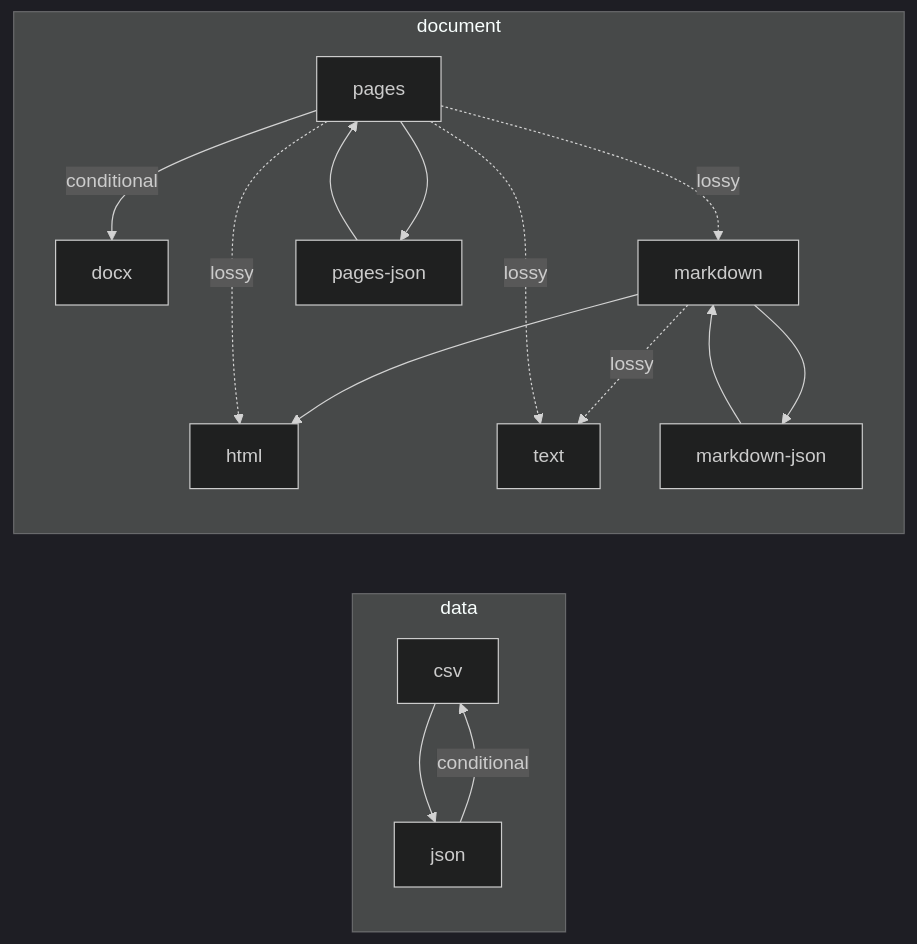
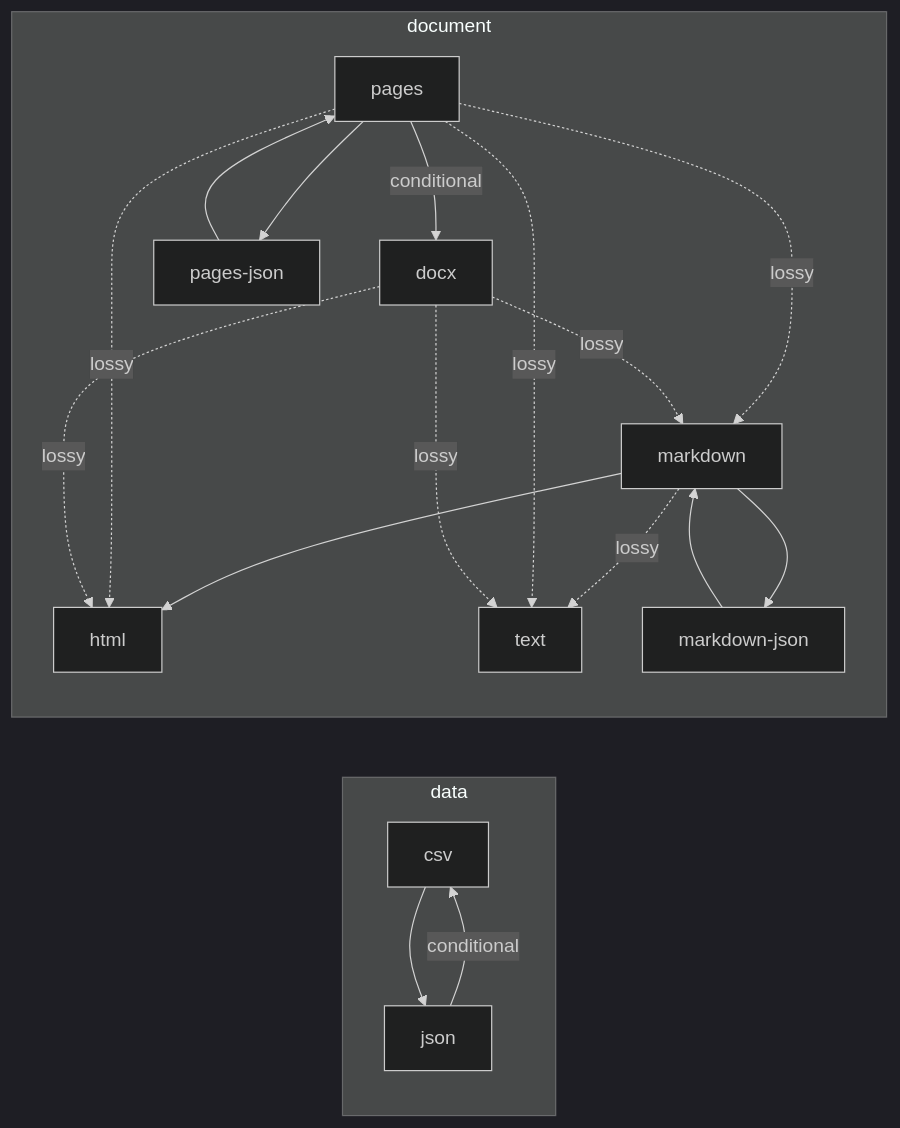
Before and after one commit to Chimi6/Sublime: the diagram in DOCS/FORMATS.md, drawn with Mermaid (dark theme). The commit also changed other lines of this file and 31 other files, not shown here.

Commit message:
feat: Word input, reading docx into the document model for Markdown, HTML, text, and Markdown JSON

````diff
--- a/DOCS/FORMATS.md
+++ b/DOCS/FORMATS.md
@@ -65,28 +72,31 @@
 ```mermaid
 graph LR
   subgraph data
     csv["csv"]
     json["json"]
   end
   subgraph document
     docx["docx"]
     html["html"]
     markdown["markdown"]
     markdown_json["markdown-json"]
     pages["pages"]
     pages_json["pages-json"]
     text["text"]
   end
   csv --> json
   json -- conditional --> csv
   markdown --> html
   markdown -. lossy .-> text
   markdown --> markdown_json
   markdown_json --> markdown
   pages --> pages_json
   pages_json --> pages
   pages -- conditional --> docx
   pages -. lossy .-> markdown
   pages -. lossy .-> html
   pages -. lossy .-> text
+  docx -. lossy .-> markdown
+  docx -. lossy .-> html
+  docx -. lossy .-> text
 ```
````
